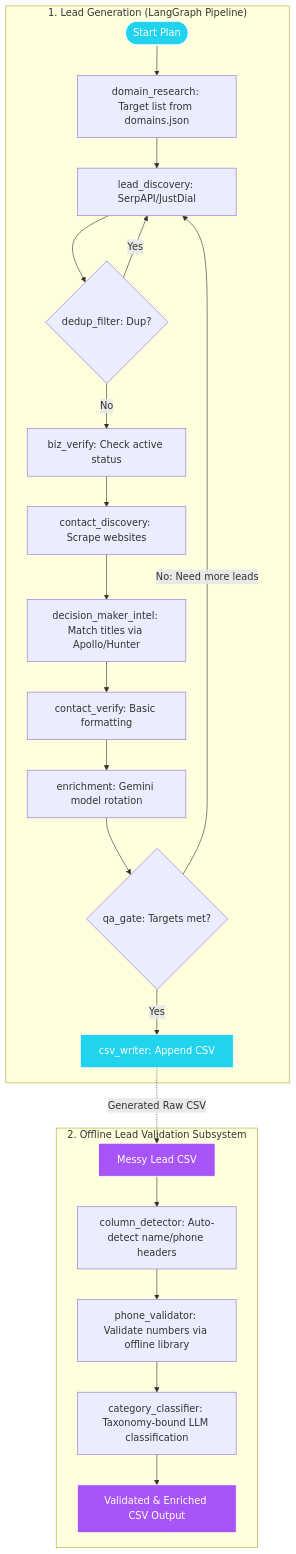
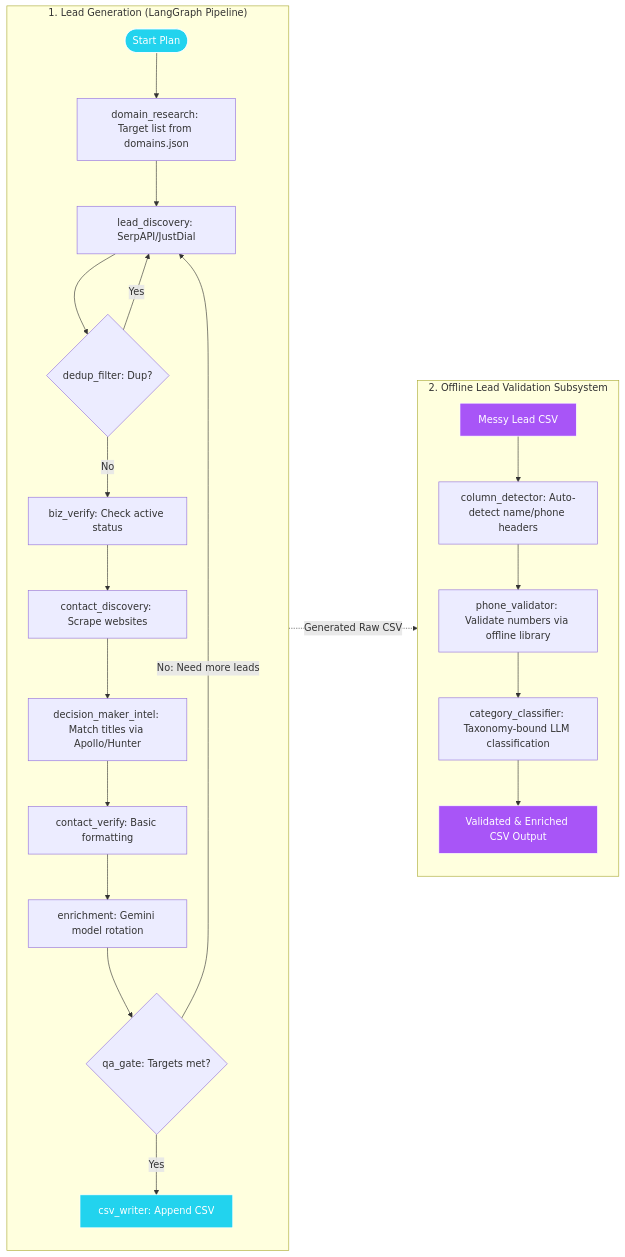
One commit to ayushX15/lead_management_system changed the diagram in lead_management_system/scrape_and_validate_kit/README.md. Above: the diagram before and after it, drawn with Mermaid.

Commit message:
Update: Sync latest files - 2026-07-18 01:50:39

````diff
--- a/lead_management_system/scrape_and_validate_kit/README.md
+++ b/lead_management_system/scrape_and_validate_kit/README.md
@@ -18,39 +18,41 @@
 ```mermaid
-graph TD
+graph LR
     subgraph Lead_Gen_Pipeline ["1. Lead Generation (LangGraph Pipeline)"]
+        direction TB
         %% Row 1: Plan & Discover
         Start([Start Plan]) --> Research[domain_research: Target list from domains.json]
         Research --> Discovery[lead_discovery: SerpAPI/JustDial]
         Discovery --> Dedup{dedup_filter: Dup?}
         
         Dedup -->|Yes| Discovery
         Dedup -->|No| Verify[biz_verify: Check active status]
 
         %% Row 2: Scraping & Intelligence
         Verify --> Contacts[contact_discovery: Scrape websites]
         Contacts --> Intel[decision_maker_intel: Match titles via Apollo/Hunter]
         Intel --> PhoneVal[contact_verify: Basic formatting]
         PhoneVal --> Enrich[enrichment: Gemini model rotation]
 
         %% Row 3: QA Gate & Save
         Enrich --> QAGate{qa_gate: Targets met?}
         QAGate -->|No: Need more leads| Discovery
         QAGate -->|Yes| Writer[csv_writer: Append CSV]
     end
 
     subgraph Lead_Val_System ["2. Offline Lead Validation Subsystem"]
+        direction TB
         RawCSV[Messy Lead CSV] --> Detector[column_detector: Auto-detect name/phone headers]
         Detector --> OfflinePhone[phone_validator: Validate numbers via offline library]
         OfflinePhone --> Classifier[category_classifier: Taxonomy-bound LLM classification]
         Classifier --> CleanCSV[Validated & Enriched CSV Output]
     end
 
     %% Flow connection to bridge them side-by-side
     Writer -.->|Generated Raw CSV| RawCSV
 
     %% Styles
     style Start fill:#22d3ee,stroke:#fff,stroke-width:1px,color:#fff
     style Writer fill:#22d3ee,stroke:#fff,stroke-width:1px,color:#fff
     style RawCSV fill:#a855f7,stroke:#fff,stroke-width:1px,color:#fff
     style CleanCSV fill:#a855f7,stroke:#fff,stroke-width:1px,color:#fff
 ```
````
